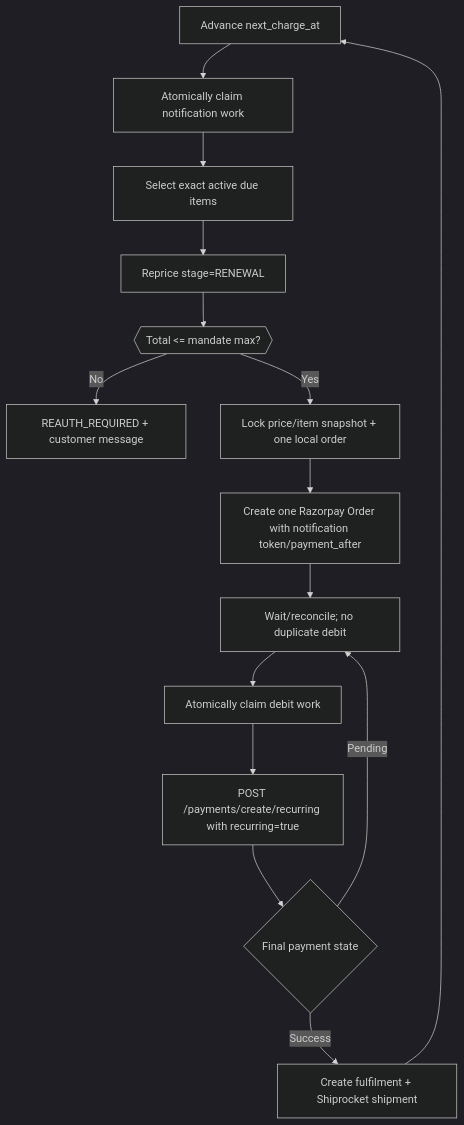
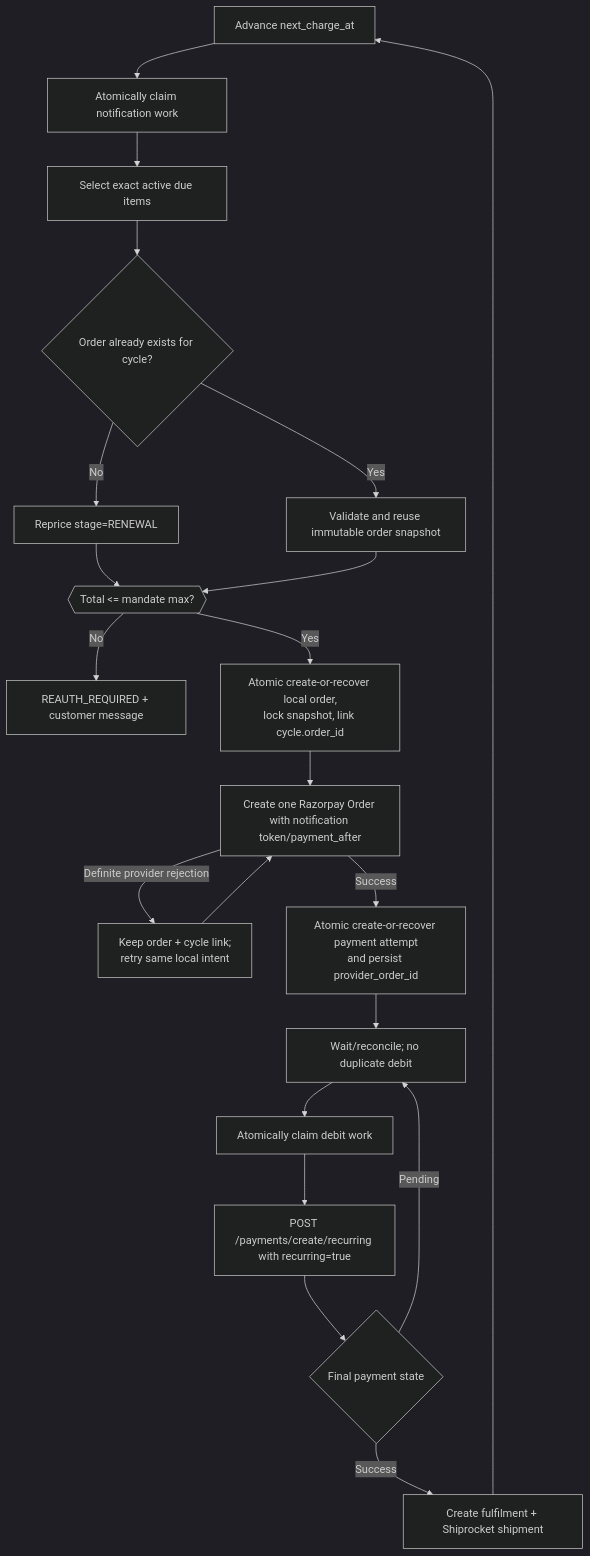
Before and after one commit to uppermostnaturery-coder/uppermost-dashboard-latest: the seventh of 7 diagrams in docs/UPPERMOST_COMMERCE_ARCHITECTURE.md, drawn with Mermaid (dark theme). The commit also changed other lines of this file and 5 other files, not shown here.

Commit message:
fix renewal order recovery by cycle

````diff
--- a/docs/UPPERMOST_COMMERCE_ARCHITECTURE.md
+++ b/docs/UPPERMOST_COMMERCE_ARCHITECTURE.md
@@ -461,17 +462,23 @@
 ```mermaid
 flowchart TD
   N[Notification due] --> NL[Atomically claim notification work]
   NL --> C[Select exact active due items]
-  C --> P[Reprice stage=RENEWAL]
+  C --> E{Order already exists for cycle?}
+  E -->|No| P[Reprice stage=RENEWAL]
+  E -->|Yes| V[Validate and reuse immutable order snapshot]
   P --> M{{Total <= mandate max?}}
+  V --> M
   M -->|No| R[REAUTH_REQUIRED + customer message]
-  M -->|Yes| O[Lock price/item snapshot + one local order]
+  M -->|Yes| O[Atomic create-or-recover local order,<br/>lock snapshot, link cycle.order_id]
   O --> RO[Create one Razorpay Order with notification token/payment_after]
-  RO --> W[NOTIFIED until scheduled_charge_at]
+  RO -->|Definite provider rejection| RR[Keep order + cycle link;<br/>retry same local intent]
+  RR --> RO
+  RO -->|Success| PA[Atomic create-or-recover payment attempt<br/>and persist provider_order_id]
+  PA --> W[NOTIFIED until scheduled_charge_at]
   W --> DL[Atomically claim debit work]
   DL --> B[POST /payments/create/recurring with recurring=true]
   B --> F{Final payment state}
   F -->|Success| S[Create fulfilment + Shiprocket shipment]
   F -->|Pending| W[Wait/reconcile; no duplicate debit]
   S --> N[Advance next_charge_at]
 ```
````
